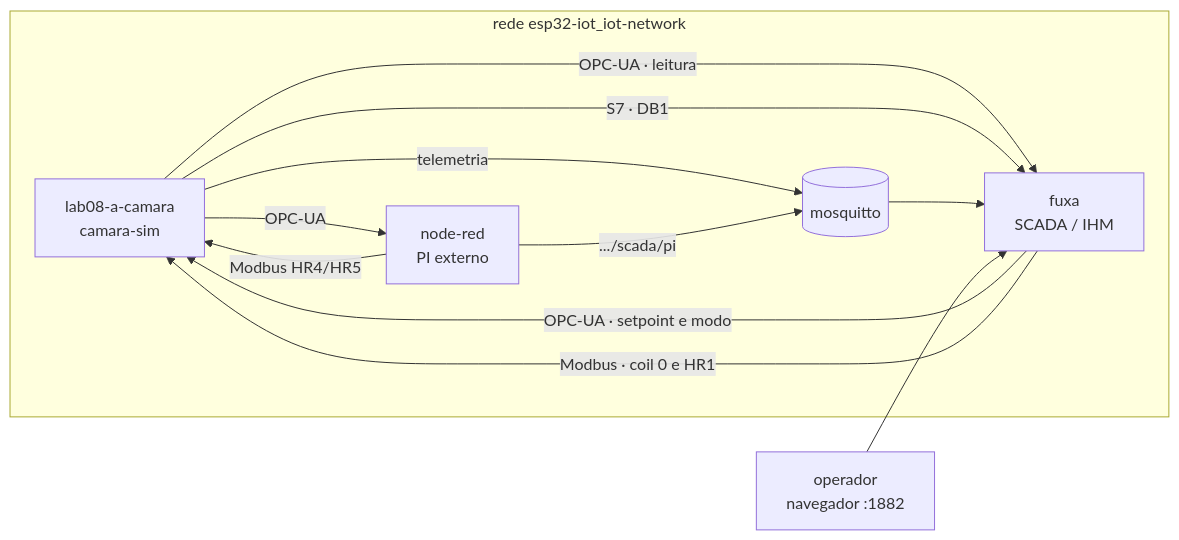
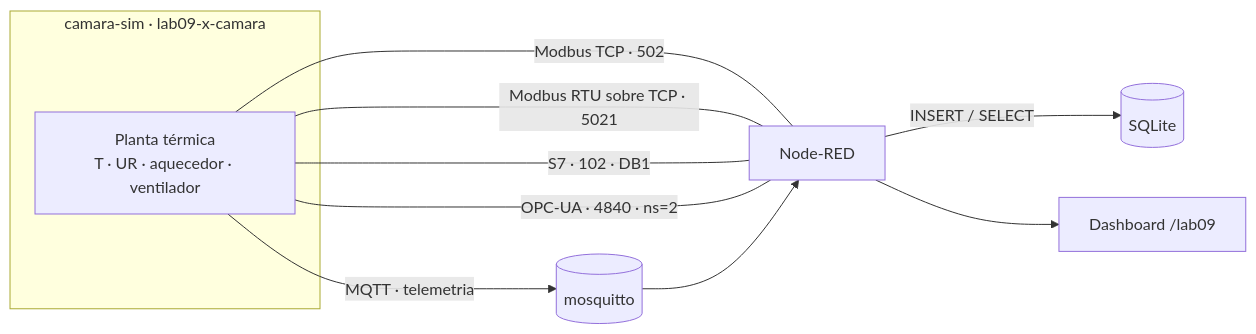
One commit to ruseleredu/iiot-docs changed the first of 6 diagrams in labs-docs/LAB09.mdx. Above: the diagram before and after it, drawn with Mermaid. The commit also changed other lines of this file and 1 other file, not shown here.

First line of the commit message:
Reestrutura Lab 09 para protocolos e PI

````diff
--- a/labs-docs/LAB09.mdx
+++ b/labs-docs/LAB09.mdx
@@ -44,17 +42,13 @@
 ```mermaid
 flowchart LR
-  subgraph NET["rede esp32-iot_iot-network"]
-    CS[lab08-a-camara<br/>camara-sim]
-    NR[node-red<br/>PI externo]
-    FX[fuxa<br/>SCADA / IHM]
-    MQ[(mosquitto)]
+  subgraph SIM["camara-sim · lab09-x-camara"]
+    PL[Planta térmica<br/>T · UR · aquecedor · ventilador]
   end
-  CS -->|OPC-UA · leitura| FX
-  FX -->|OPC-UA · setpoint e modo| CS
-  FX -->|Modbus · coil 0 e HR1| CS
-  CS -->|S7 · DB1| FX
-  CS -->|telemetria| MQ --> FX
-  CS -->|OPC-UA| NR -->|Modbus HR4/HR5| CS
-  NR -->|.../scada/pi| MQ
-  OP[operador<br/>navegador :1882] --> FX
+  PL ---|Modbus TCP · 502| NR
+  PL ---|Modbus RTU sobre TCP · 5021| NR
+  PL ---|S7 · 102 · DB1| NR
+  PL ---|OPC-UA · 4840 · ns=2| NR
+  PL -->|MQTT · telemetria| BRK[(mosquitto)] --> NR[Node-RED]
+  NR -->|INSERT / SELECT| DB[(SQLite)]
+  NR --> DSH[Dashboard /lab09]
 ```
````
